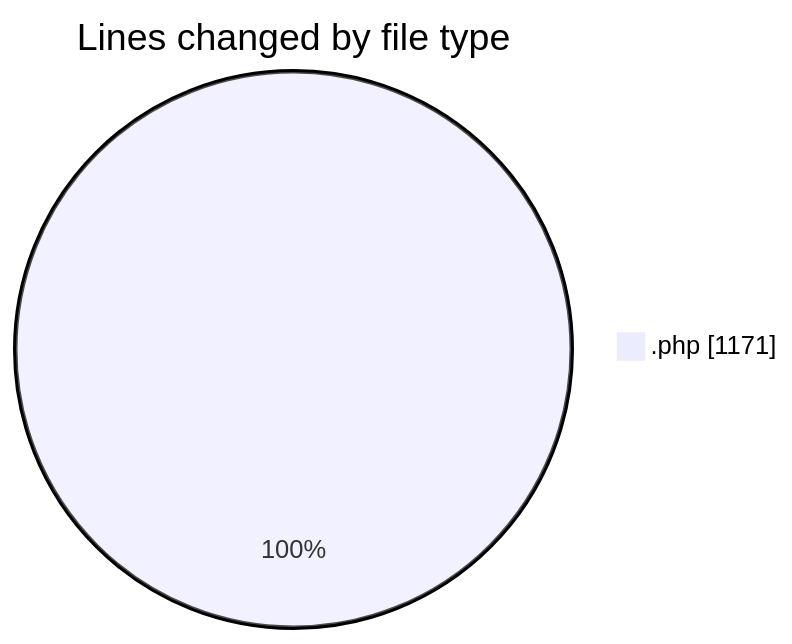
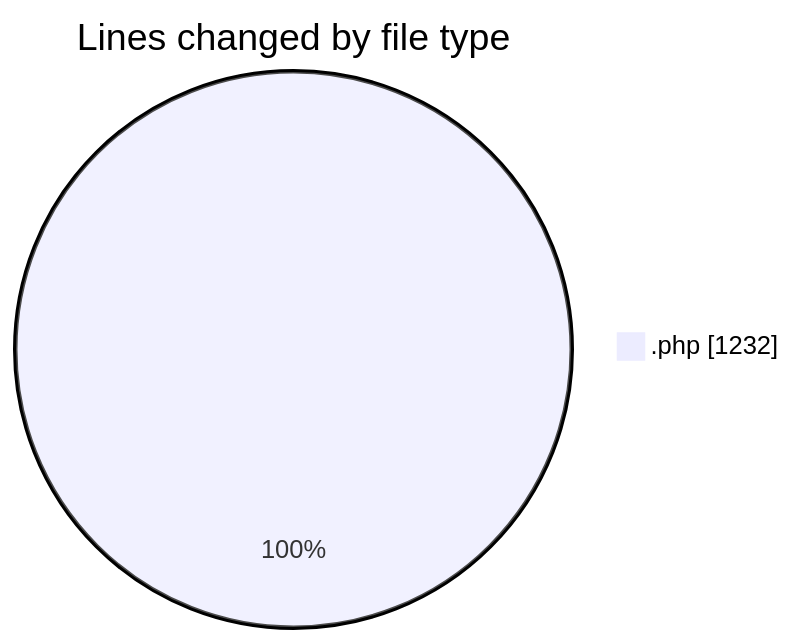
The first of 2 diagrams in 2025-10-15/untitled__workspace_/README.md (debugP/code-tracking), drawn with Mermaid before and after one commit. The commit also changed other lines of this file and 1 other file, not shown here.

````diff
--- a/2025-10-15/untitled__workspace_/README.md
+++ b/2025-10-15/untitled__workspace_/README.md
@@ -20,5 +20,5 @@
 ```mermaid
 pie showData
 title Lines changed by file type
-".php" : 1171
+".php" : 1232
 ```
````
